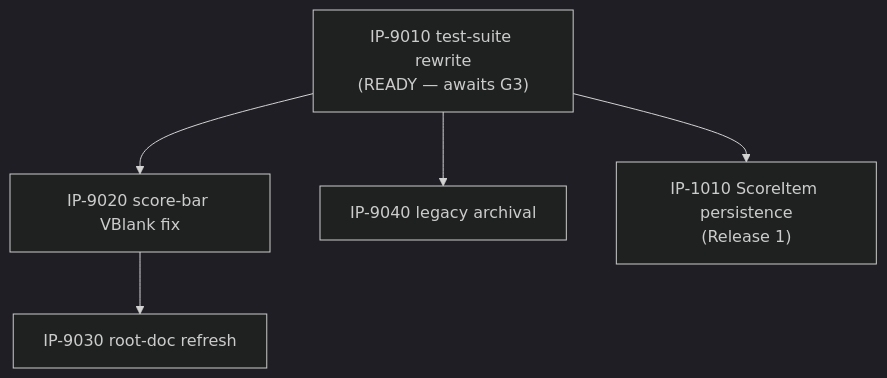
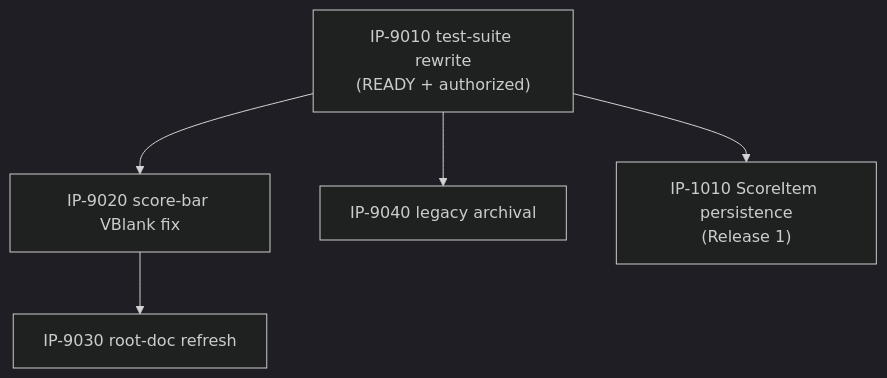
One commit to Zabin/RsGame changed the diagram in docs/implementation/00-master-build-plan.md. Above: the diagram before and after it, drawn with Mermaid (dark theme). The commit also changed other lines of this file and 3 other files, not shown here.

````diff
--- a/docs/implementation/00-master-build-plan.md
+++ b/docs/implementation/00-master-build-plan.md
@@ -26,12 +26,12 @@
 ```mermaid
 graph TD
-    IP9010["IP-9010 test-suite rewrite<br/>(READY — awaits G3)"]
+    IP9010["IP-9010 test-suite rewrite<br/>(READY + authorized)"]
     IP9020["IP-9020 score-bar VBlank fix"]
     IP9030["IP-9030 root-doc refresh"]
     IP9040["IP-9040 legacy archival"]
     IP1010["IP-1010 ScoreItem persistence<br/>(Release 1)"]
     IP9010 --> IP9020
     IP9010 --> IP9040
     IP9010 --> IP1010
     IP9020 --> IP9030
 ```
````
